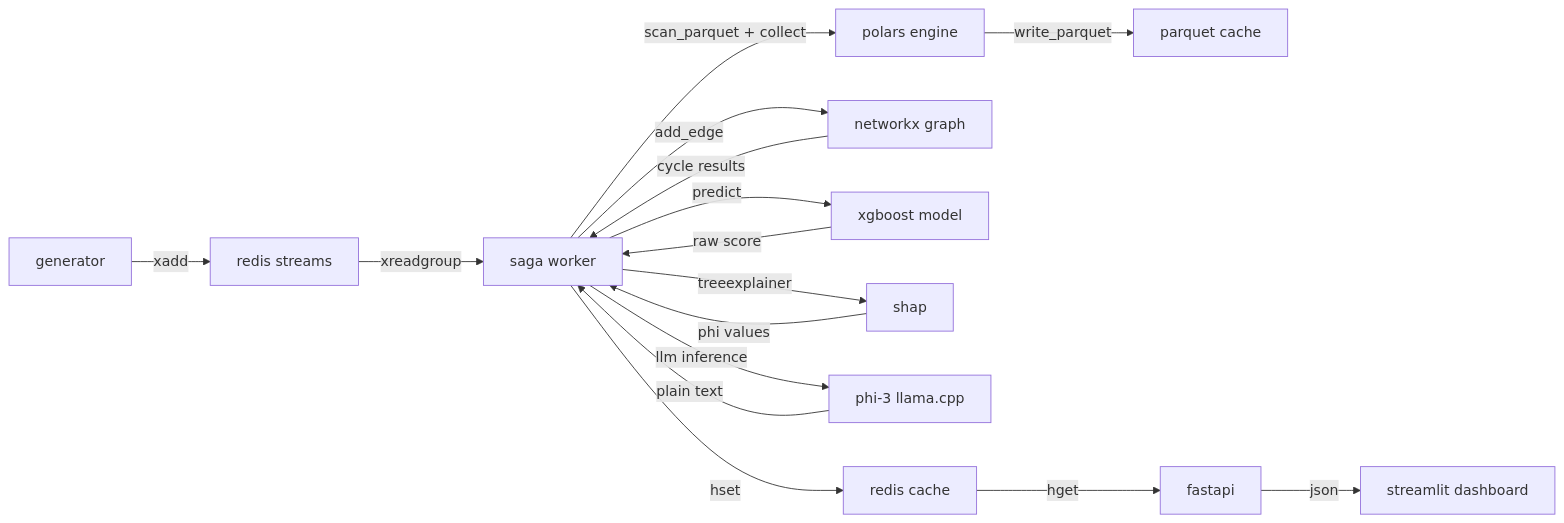
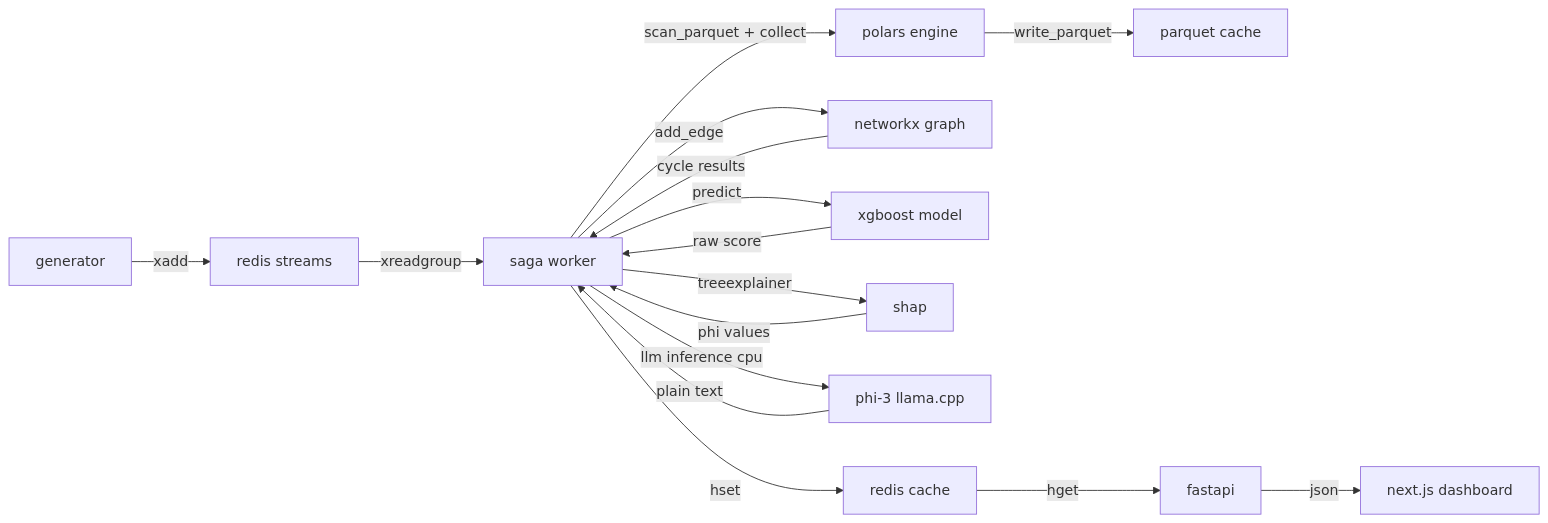
One commit to CYCLOP5/CreditIQ changed the second of 2 diagrams in markdownstochat/archi.md. Above: the diagram before and after it, drawn with Mermaid. The commit also changed other lines of this file and 42 other files, not shown here.

````diff
--- a/markdownstochat/archi.md
+++ b/markdownstochat/archi.md
@@ -389,18 +372,18 @@
 ```mermaid
 flowchart LR
     gen[generator] -->|xadd| rs[redis streams]
     rs -->|xreadgroup| sw[saga worker]
     sw -->|scan_parquet + collect| pl[polars engine]
     pl -->|write_parquet| disk[parquet cache]
     sw -->|add_edge| nx[networkx graph]
     nx -->|cycle results| sw
     sw -->|predict| xgb[xgboost model]
     xgb -->|raw score| sw
     sw -->|treeexplainer| sh[shap]
     sh -->|phi values| sw
-    sw -->|llm inference| phi[phi-3 llama.cpp]
+    sw -->|llm inference cpu| phi[phi-3 llama.cpp]
     phi -->|plain text| sw
     sw -->|hset| rc[redis cache]
     rc -->|hget| api[fastapi]
-    api -->|json| ui[streamlit dashboard]
+    api -->|json| ui[next.js dashboard]
 ```
````
